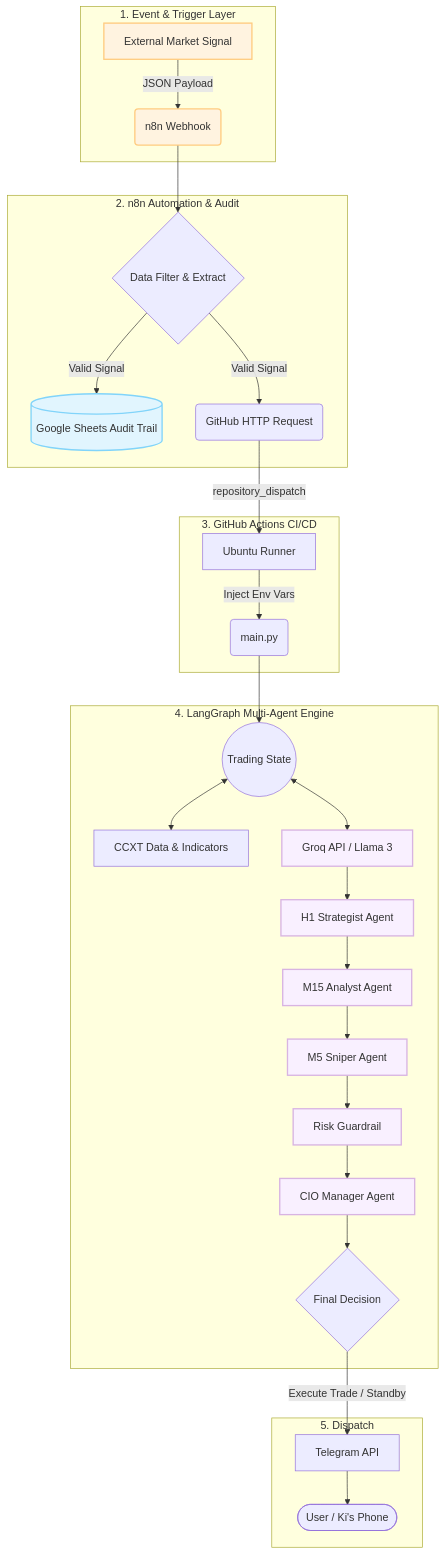
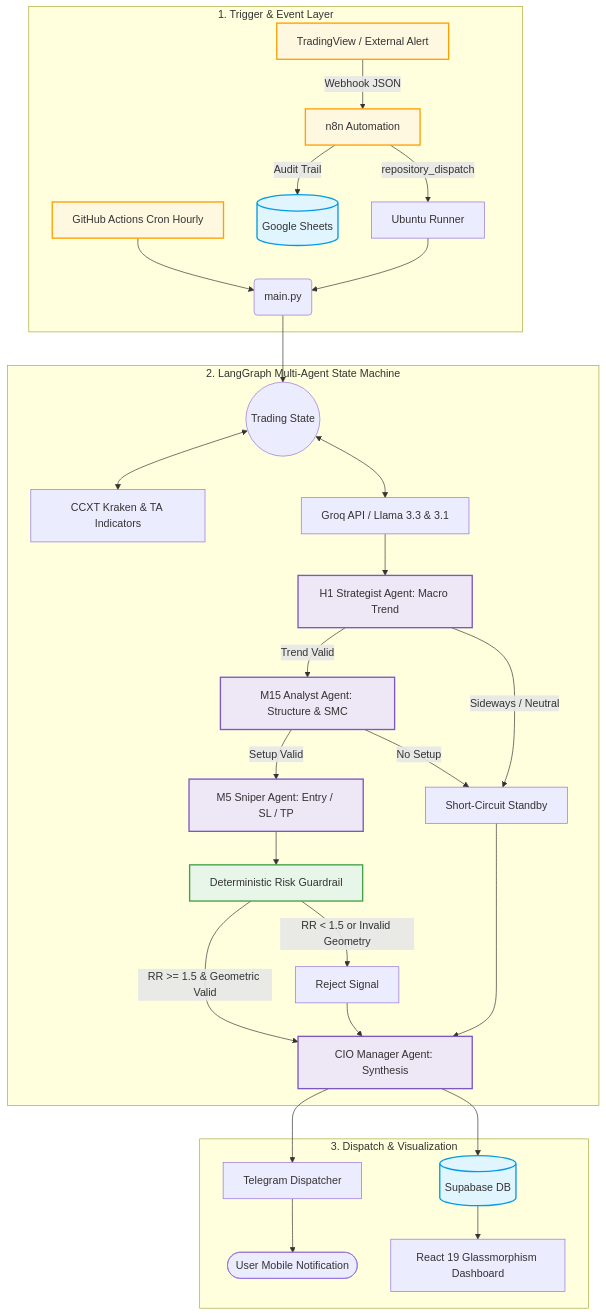
Before and after one commit to subki72/top-down-ai-trading-agent: the diagram in README.md, drawn with Mermaid. The commit also changed other lines of this file and 41 other files, not shown here.

`````diff
--- a/README.md
+++ b/README.md
@@ -8,46 +16,45 @@
 ```mermaid
 graph TD
-    subgraph Layer1 [1. Event & Trigger Layer]
-        TV[External Market Signal] -->|JSON Payload| N8N_WH(n8n Webhook)
+    subgraph Trigger [1. Trigger & Event Layer]
+        CRON[GitHub Actions Cron Hourly] --> PY_MAIN(main.py)
+        TV[TradingView / External Alert] -->|Webhook JSON| N8N[n8n Automation]
+        N8N -->|Audit Trail| GS[(Google Sheets)]
+        N8N -->|repository_dispatch| GH_RUNNER[Ubuntu Runner]
+        GH_RUNNER --> PY_MAIN
     end
 
-    subgraph Layer2 [2. n8n Automation & Audit]
-        N8N_WH --> N8N_FILTER{Data Filter & Extract}
-        N8N_FILTER -->|Valid Signal| GS[(Google Sheets Audit Trail)]
-        N8N_FILTER -->|Valid Signal| GH_TRIG(GitHub HTTP Request)
+    subgraph Engine [2. LangGraph Multi-Agent State Machine]
+        PY_MAIN --> STATE((Trading State))
+        
+        STATE <--> TOOLS[CCXT Kraken & TA Indicators]
+        STATE <--> GROQ[Groq API / Llama 3.3 & 3.1]
+        
+        GROQ --> H1[H1 Strategist Agent: Macro Trend]
+        H1 -->|Trend Valid| M15[M15 Analyst Agent: Structure & SMC]
+        H1 -->|Sideways / Neutral| STANDBY[Short-Circuit Standby]
+        M15 -->|Setup Valid| M5[M5 Sniper Agent: Entry / SL / TP]
+        M15 -->|No Setup| STANDBY
+        M5 --> GUARD[Deterministic Risk Guardrail]
+        GUARD -->|RR >= 1.5 & Geometric Valid| CIO[CIO Manager Agent: Synthesis]
+        GUARD -->|RR < 1.5 or Invalid Geometry| REJECT[Reject Signal]
+        REJECT --> CIO
+        STANDBY --> CIO
     end
 
-    subgraph Layer3 [3. GitHub Actions CI/CD]
-        GH_TRIG -->|repository_dispatch| GH_RUNNER[Ubuntu Runner]
-        GH_RUNNER -->|Inject Env Vars| PY_MAIN(main.py)
+    subgraph Dispatch [3. Dispatch & Visualization]
+        CIO --> TELEGRAM[Telegram Dispatcher]
+        CIO --> SUPABASE[(Supabase DB)]
+        SUPABASE --> DASHBOARD[React 19 Glassmorphism Dashboard]
+        TELEGRAM --> USER([User Mobile Notification])
     end
 
-    subgraph Layer4 [4. LangGraph Multi-Agent Engine]
-        PY_MAIN --> STATE((Trading State))
-        
-        STATE <--> TOOLS[CCXT Data & Indicators]
-        STATE <--> GROQ[Groq API / Llama 3]
-        
-        GROQ --> H1[H1 Strategist Agent]
-        H1 --> M15[M15 Analyst Agent]
-        M15 --> M5[M5 Sniper Agent]
-        M5 --> GUARD[Risk Guardrail]
-        GUARD --> CIO[CIO Manager Agent]
-        
-        CIO --> DECISION{Final Decision}
-    end
+    classDef ai fill:#ede7f6,stroke:#7e57c2,stroke-width:2px;
+    classDef guard fill:#e8f5e9,stroke:#43a047,stroke-width:2px;
+    classDef trigger fill:#fff8e1,stroke:#ffa000,stroke-width:2px;
+    classDef db fill:#e1f5fe,stroke:#039be5,stroke-width:2px;
 
-    subgraph Layer5 [5. Dispatch]
-        DECISION -->|Execute Trade / Standby| TELEGRAM[Telegram API]
-        TELEGRAM --> USER([User / Ki's Phone])
-    end
-
-    %% Flow styling
-    classDef ai fill:#f9f0ff,stroke:#d8b4e2,stroke-width:2px;
-    classDef db fill:#e1f5fe,stroke:#81d4fa,stroke-width:2px;
-    classDef trigger fill:#fff3e0,stroke:#ffcc80,stroke-width:2px;
-    
-    class GROQ,H1,M15,M5,CIO,GUARD ai;
-    class GS db;
-    class TV,N8N_WH trigger;
-````
+    class H1,M15,M5,CIO ai;
+    class GUARD guard;
+    class CRON,TV,N8N trigger;
+    class GS,SUPABASE db;
+```
`````
